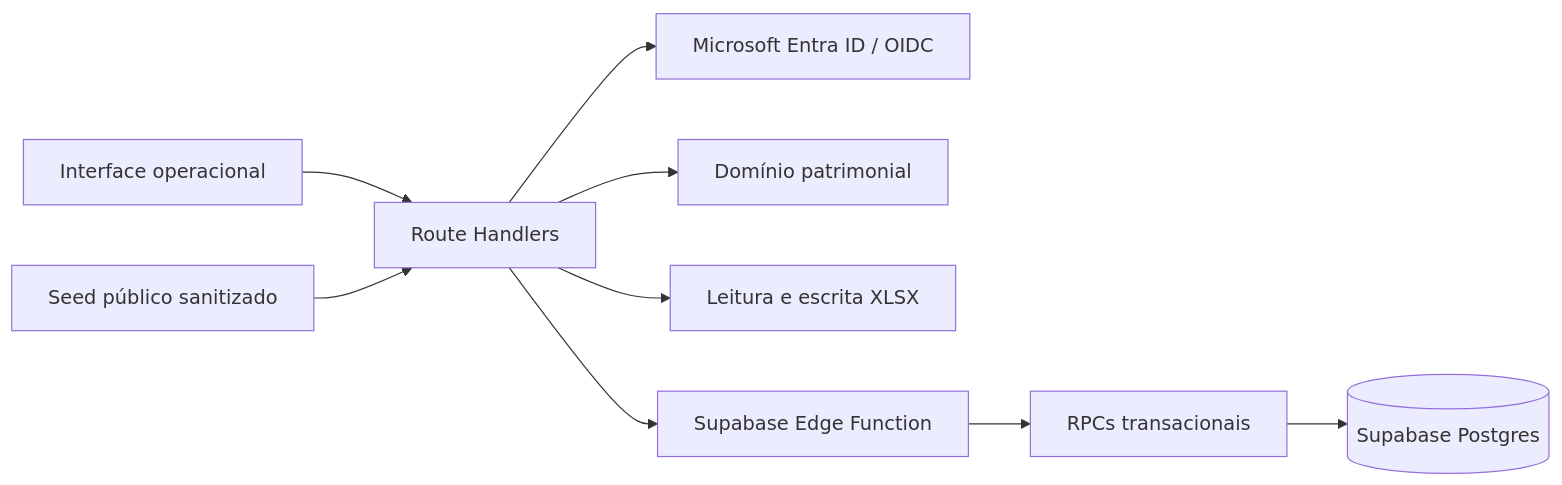
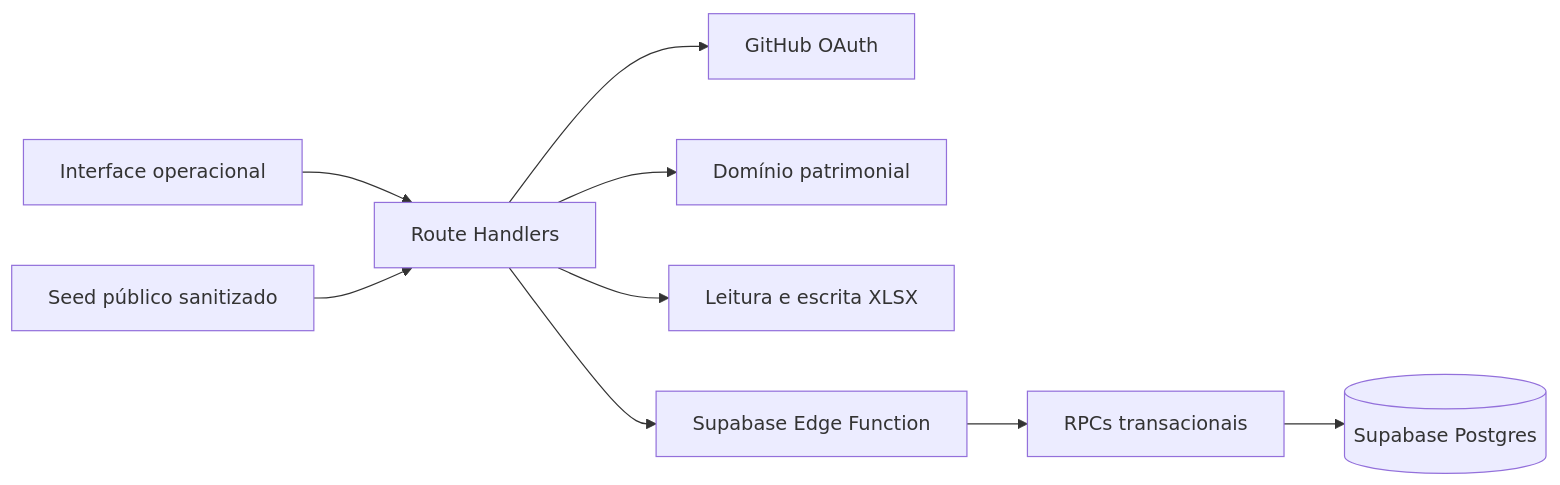
One commit to Kenjihidehira/patrimonio-ops-control changed the diagram in docs/architecture.md. Above: the diagram before and after it, drawn with Mermaid. The commit also changed other lines of this file and 23 other files, not shown here.

Commit message:
feat: autenticar operadores com GitHub

````diff
--- a/docs/architecture.md
+++ b/docs/architecture.md
@@ -5,11 +5,11 @@
 ```mermaid
 flowchart LR
     UI[Interface operacional] --> API[Route Handlers]
-    API --> AUTH[Microsoft Entra ID / OIDC]
+    API --> AUTH[GitHub OAuth]
     API --> DOMAIN[Domínio patrimonial]
     API --> XLSX[Leitura e escrita XLSX]
     API --> GATEWAY[Supabase Edge Function]
     GATEWAY --> RPC[RPCs transacionais]
     RPC --> PG[(Supabase Postgres)]
     SEED[Seed público sanitizado] --> API
 ```
````
